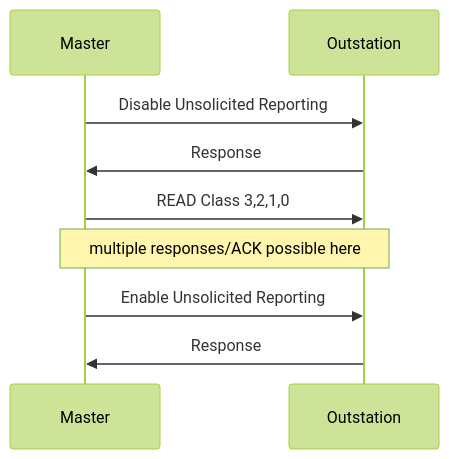
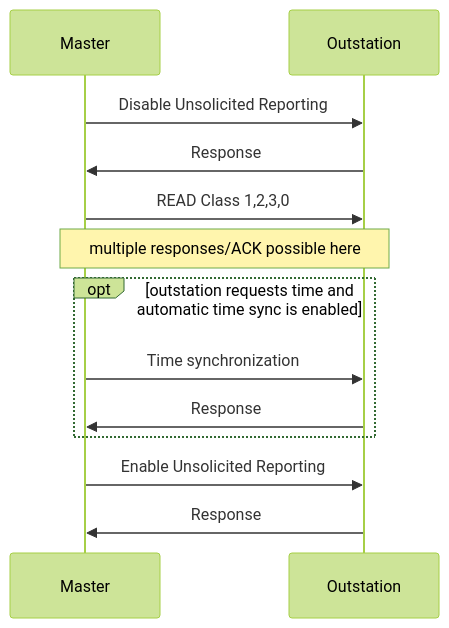
Before and after one commit to stepfunc/dnp3: the diagram in guide/docs/api/master/association_config.mdx, drawn with Mermaid (forest theme). The commit also changed 35 other files, not shown here.

First line of the commit message:
Correct inaccurate statements in the guide, rustdoc, and schema docs

````diff
--- a/guide/docs/api/master/association_config.mdx
+++ b/guide/docs/api/master/association_config.mdx
@@ -71,9 +71,13 @@
 ```mermaid
 sequenceDiagram
     Master->>Outstation: Disable Unsolicited Reporting;
     Outstation->>Master: Response;
-    Master->>Outstation: READ Class 3,2,1,0; 
+    Master->>Outstation: READ Class 1,2,3,0;
     Note over Master,Outstation: multiple responses/ACK possible here;
+    opt outstation requests time and automatic time sync is enabled
+        Master->>Outstation: Time synchronization;
+        Outstation->>Master: Response;
+    end
     Master->>Outstation: Enable Unsolicited Reporting;
     Outstation->>Master: Response;
 ```
````
